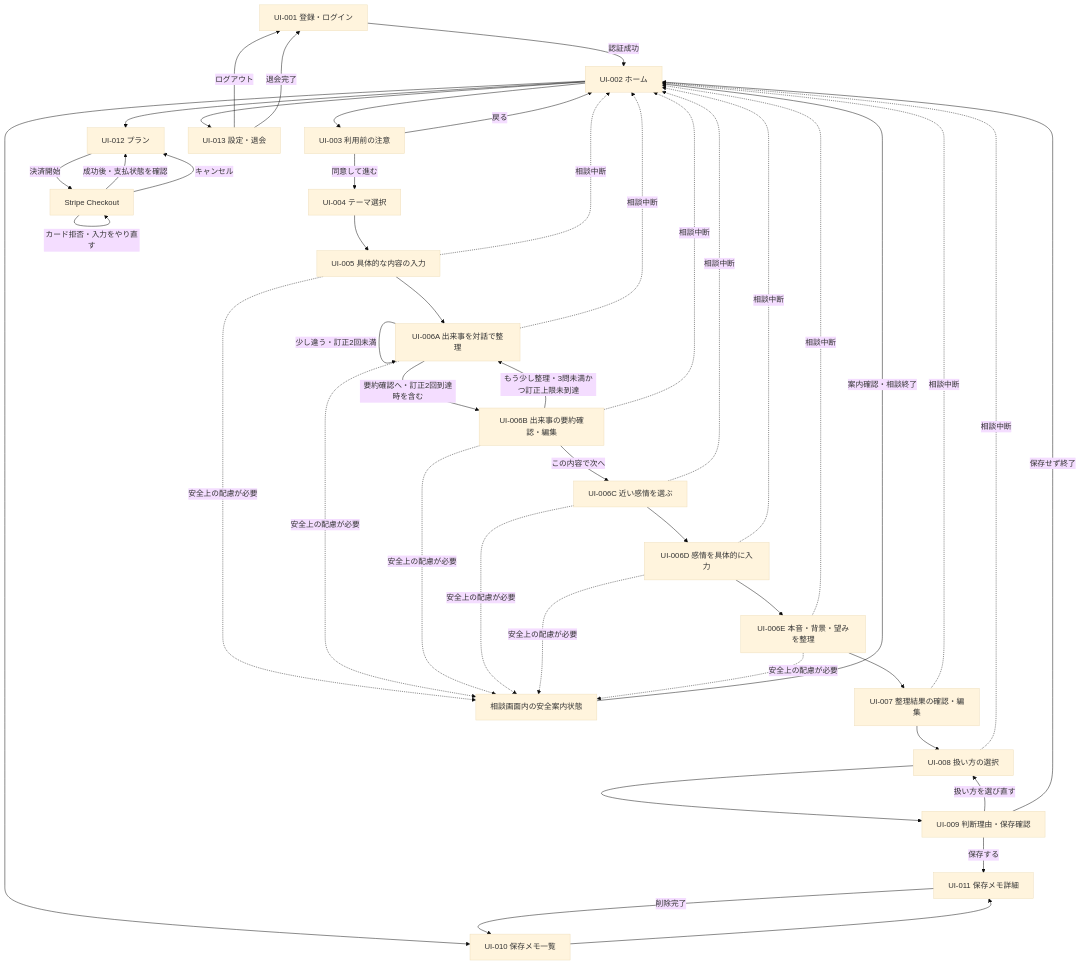
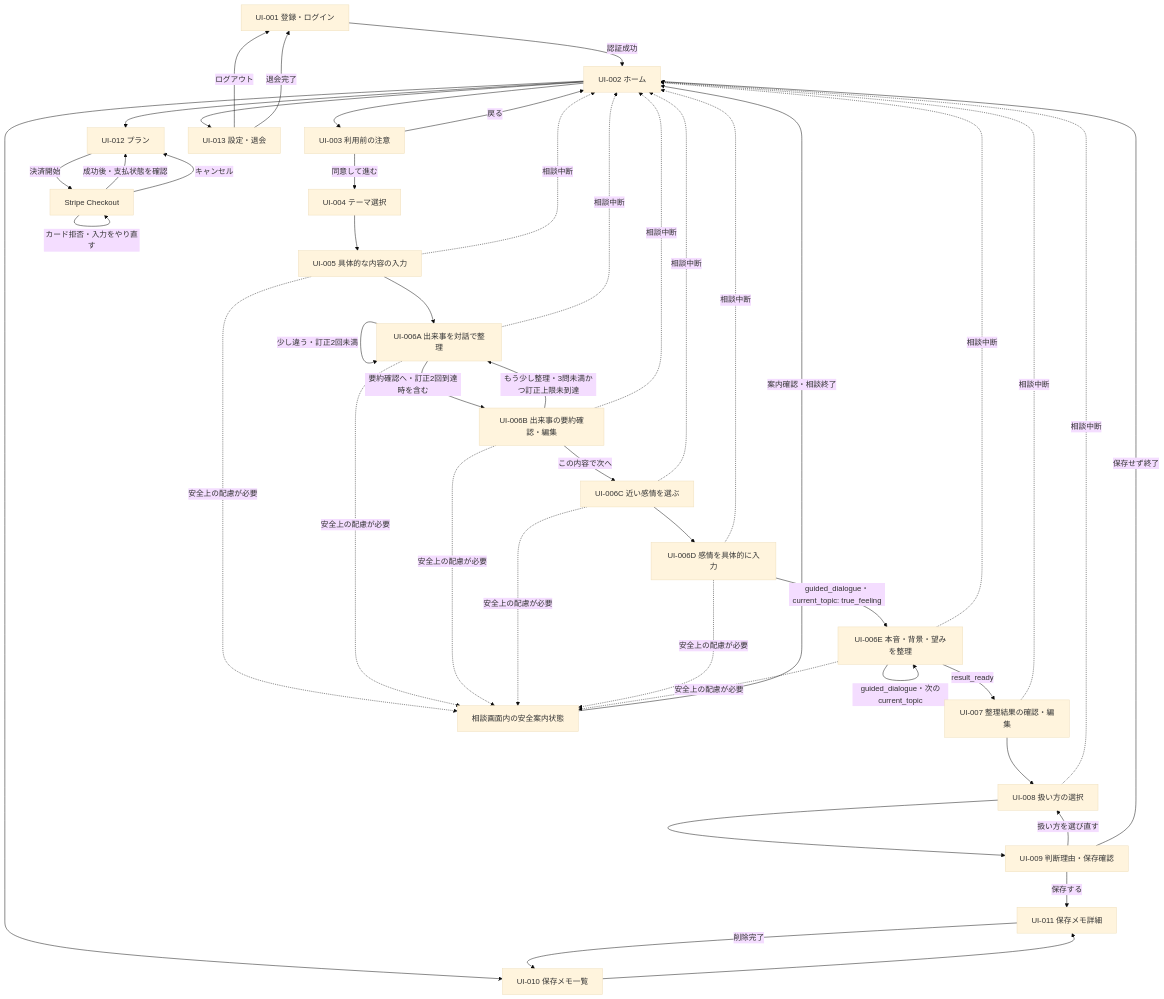
One commit to ms-engineer-bc26-05/Section9_TeamD changed the diagram in docs/screen-design.md. Above: the diagram before and after it, drawn with Mermaid (base theme). The commit also changed other lines of this file, not shown here.

````diff
--- a/docs/screen-design.md
+++ b/docs/screen-design.md
@@ -103,48 +103,49 @@
 ```mermaid
 flowchart TD
     A[UI-001 登録・ログイン] -->|認証成功| B[UI-002 ホーム]
     B --> C[UI-003 利用前の注意]
     C -->|同意して進む| D[UI-004 テーマ選択]
     C -->|戻る| B
     D --> E[UI-005 具体的な内容の入力]
     E --> F1[UI-006A 出来事を対話で整理]
     F1 -->|理解が合う・質問を続ける| F1
     F1 -->|少し違う・訂正2回未満| F1
     F1 -->|要約確認へ・訂正2回到達時を含む| F2[UI-006B 出来事の要約確認・編集]
     F2 -->|この内容で次へ| F3[UI-006C 近い感情を選ぶ]
     F2 -->|もう少し整理・3問未満かつ訂正上限未到達| F1
     F3 --> F4[UI-006D 感情を具体的に入力]
-    F4 --> F5[UI-006E 本音・背景・望みを整理]
-    F5 --> G[UI-007 整理結果の確認・編集]
+    F4 -->|guided_dialogue・current_topic: true_feeling| F5[UI-006E 本音・背景・望みを整理]
+    F5 -->|guided_dialogue・次のcurrent_topic| F5
+    F5 -->|result_ready| G[UI-007 整理結果の確認・編集]
     E -.安全上の配慮が必要.-> Q[相談画面内の安全案内状態]
     F1 -.安全上の配慮が必要.-> Q
     F2 -.安全上の配慮が必要.-> Q
     F3 -.安全上の配慮が必要.-> Q
     F4 -.安全上の配慮が必要.-> Q
     F5 -.安全上の配慮が必要.-> Q
     Q -->|案内確認・相談終了| B
     G --> H[UI-008 扱い方の選択]
     H --> I[UI-009 判断理由・保存確認]
     I -->|扱い方を選び直す| H
     I -->|保存する| K[UI-011 保存メモ詳細]
     I -->|保存せず終了| B
     B --> J[UI-010 保存メモ一覧]
     J --> K
     K -->|削除完了| J
     B --> L[UI-012 プラン]
     L -->|決済開始| S[Stripe Checkout]
     S -->|成功後・支払状態を確認| L
     S -->|キャンセル| L
     S -->|カード拒否・入力をやり直す| S
     B --> M[UI-013 設定・退会]
     M -->|ログアウト| A
     M -->|退会完了| A
     E -.相談中断.-> B
     F1 -.相談中断.-> B
     F2 -.相談中断.-> B
     F3 -.相談中断.-> B
     F4 -.相談中断.-> B
     F5 -.相談中断.-> B
     G -.相談中断.-> B
     H -.相談中断.-> B
 ```
````
